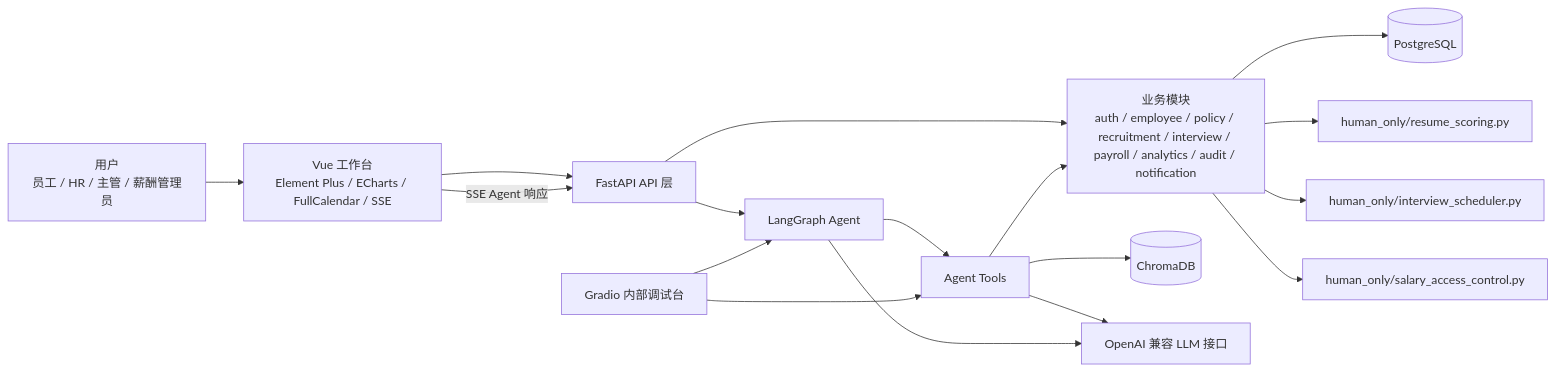
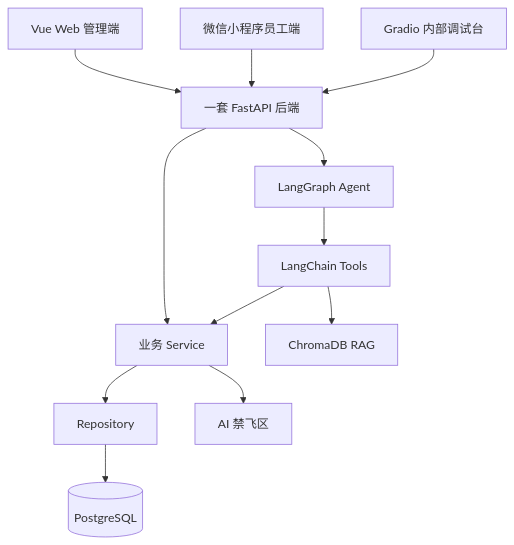
One commit to shmzl1/workspace-core changed the diagram in .agent/architecture.md. Above: the diagram before and after it, drawn with Mermaid. The commit also changed other lines of this file and 83 other files, not shown here.

````diff
--- a/.agent/architecture.md
+++ b/.agent/architecture.md
@@ -28,33 +18,26 @@
 ```mermaid
-flowchart LR
-    User[用户<br/>员工 / HR / 主管 / 薪酬管理员]
-    Vue[Vue 工作台<br/>Element Plus / ECharts / FullCalendar / SSE]
-    API[FastAPI API 层]
-    Biz[业务模块<br/>auth / employee / policy / recruitment / interview / payroll / analytics / audit / notification]
+flowchart TB
+    Web[Vue Web 管理端]
+    Mini[微信小程序员工端]
+    Gradio[Gradio 内部调试台]
+    API[一套 FastAPI 后端]
+    Service[业务 Service]
+    Repo[Repository]
+    PG[(PostgreSQL)]
     Agent[LangGraph Agent]
-    Tools[Agent Tools]
-    Resume[human_only/resume_scoring.py]
-    Scheduler[human_only/interview_scheduler.py]
-    Salary[human_only/salary_access_control.py]
-    DB[(PostgreSQL)]
-    Chroma[(ChromaDB)]
-    LLM[OpenAI 兼容 LLM 接口]
-    Gradio[Gradio 内部调试台]
+    Tool[LangChain Tools]
+    RAG[ChromaDB RAG]
+    Human[AI 禁飞区]
 
-    User --> Vue
-    Vue --> API
-    Vue -->|SSE Agent 响应| API
-    API --> Biz
-    Biz --> DB
+    Web --> API
+    Mini --> API
+    Gradio --> API
+    API --> Service
+    Service --> Repo
+    Repo --> PG
     API --> Agent
-    Agent --> Tools
-    Tools --> Biz
-    Tools --> Chroma
-    Tools --> LLM
-    Biz --> Resume
-    Biz --> Scheduler
-    Biz --> Salary
-    Agent --> LLM
-    Gradio --> Agent
-    Gradio --> Tools
+    Agent --> Tool
+    Tool --> Service
+    Tool --> RAG
+    Service --> Human
 ```
````
